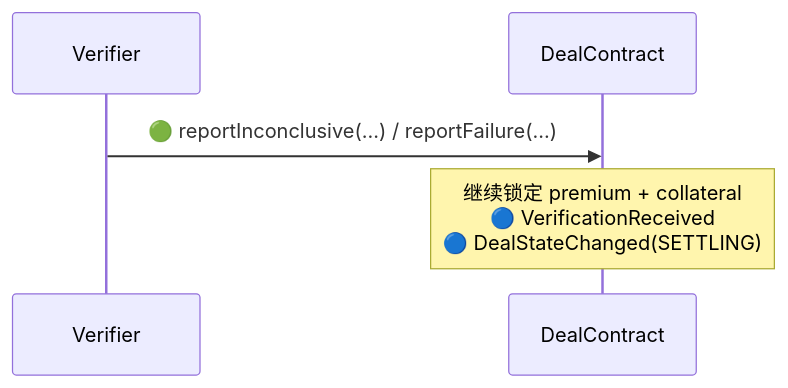
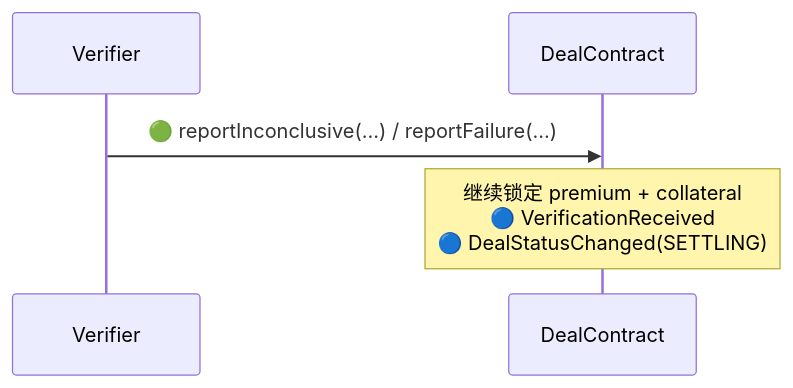
Before and after one commit to synctxai/synctx: the fifth of 7 diagrams in examples/european-option/european-option-design.md, drawn with Mermaid. The commit also changed other lines of this file and 8 other files, not shown here.

First line of the commit message:
rename DealStateChanged to DealStatusChanged for consistency with DealStatus

````diff
--- a/examples/european-option/european-option-design.md
+++ b/examples/european-option/european-option-design.md
@@ -312,8 +312,8 @@
 ```mermaid
 sequenceDiagram
     participant V as Verifier
     participant D as DealContract
 
     V->>D: 🟢 reportInconclusive(...) / reportFailure(...)
-    Note over D: 继续锁定 premium + collateral<br/>🔵 VerificationReceived<br/>🔵 DealStateChanged(SETTLING)
+    Note over D: 继续锁定 premium + collateral<br/>🔵 VerificationReceived<br/>🔵 DealStatusChanged(SETTLING)
 ```
````
